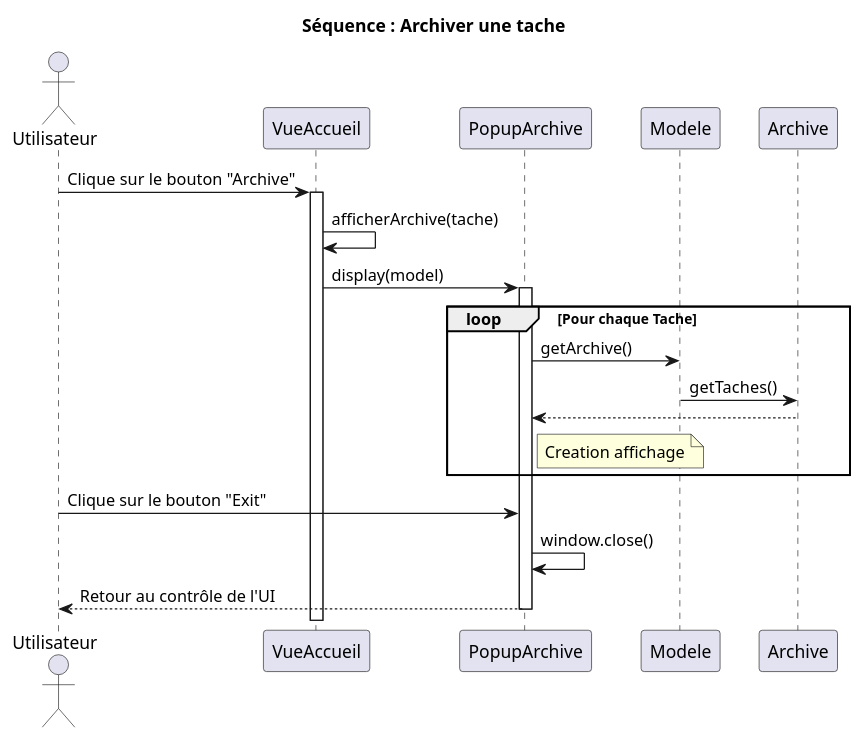
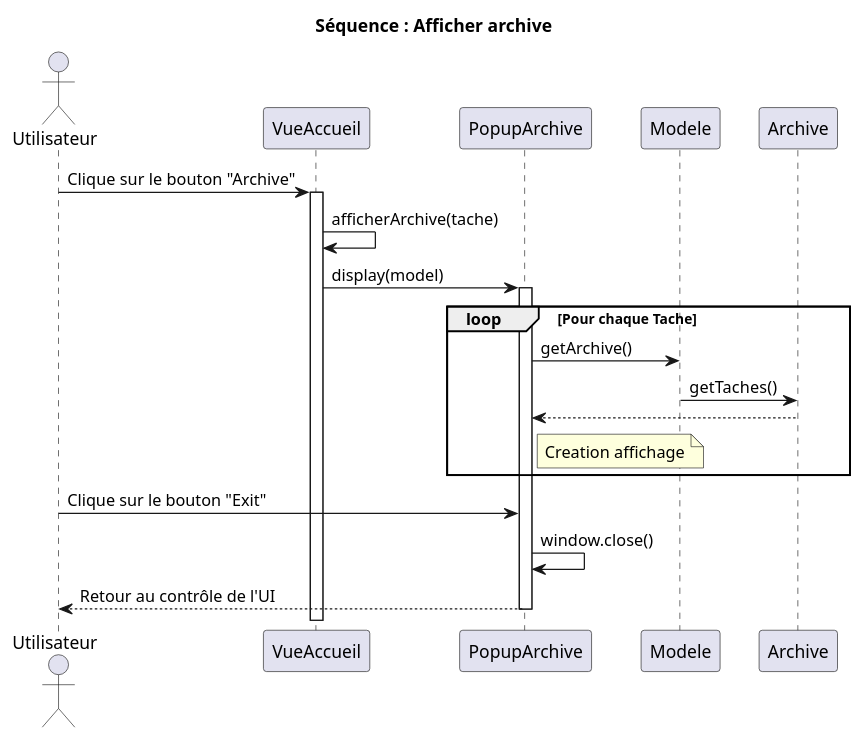
Before and after one commit to AlexanderCARNET/SAE_3_01_dev_application: the diagram in Ollert_QDEV/diagrammes/iteration3/DiagrammeSequenceVueListe(afficher_archive).puml, drawn with PlantUML.

Commit message:
[Doc] Changement du titre

```diff
--- a/Ollert_QDEV/diagrammes/iteration3/DiagrammeSequenceVueListe(afficher_archive).puml
+++ b/Ollert_QDEV/diagrammes/iteration3/DiagrammeSequenceVueListe(afficher_archive).puml
@@ -1,30 +1,30 @@
 @startuml
 
 actor "Utilisateur" as User
 participant "VueAccueil" as V
 participant "PopupArchive" as P
 participant "Modele" as M
 participant "Archive" as A
 
-title Séquence : Archiver une tache
+title Séquence : Afficher archive
 
 User -> V : Clique sur le bouton "Archive"
 activate V
 
 V -> V : afficherArchive(tache)
 
 V -> P : display(model)
 activate P
 
 loop Pour chaque Tache
     P -> M : getArchive()
     M -> A : getTaches()
     A --> P
     Note right of P : Creation affichage
 end
 User -> P : Clique sur le bouton "Exit"
 P -> P : window.close()
 P --> User : Retour au contrôle de l'UI
 deactivate P
 
 @enduml
```
